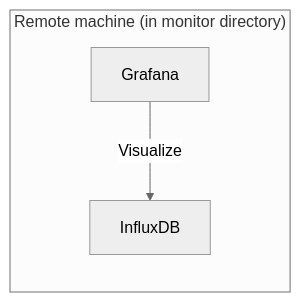
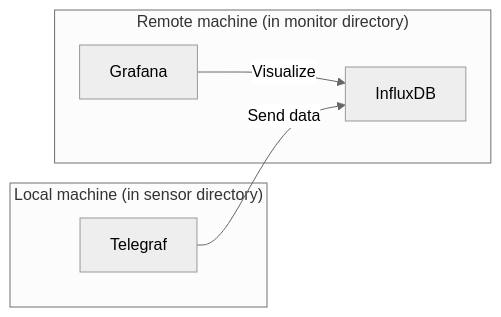
One commit to akihisa1210/co2-mini changed the diagram in README.md. Above: the diagram before and after it, drawn with Mermaid (neutral theme). The commit also changed other lines of this file and 4 other files, not shown here.

````diff
--- a/README.md
+++ b/README.md
@@ -6,6 +6,9 @@
 ```mermaid
 flowchart LR
     subgraph "Remote machine (in monitor directory)"
-    A[Grafana] -- Visualize --> B[InfluxDB]
+    G[Grafana] -- Visualize --> I[InfluxDB]
+    end
+    subgraph "Local machine (in sensor directory)"
+    T[Telegraf] -- Send data --> I
     end
 ```
````
